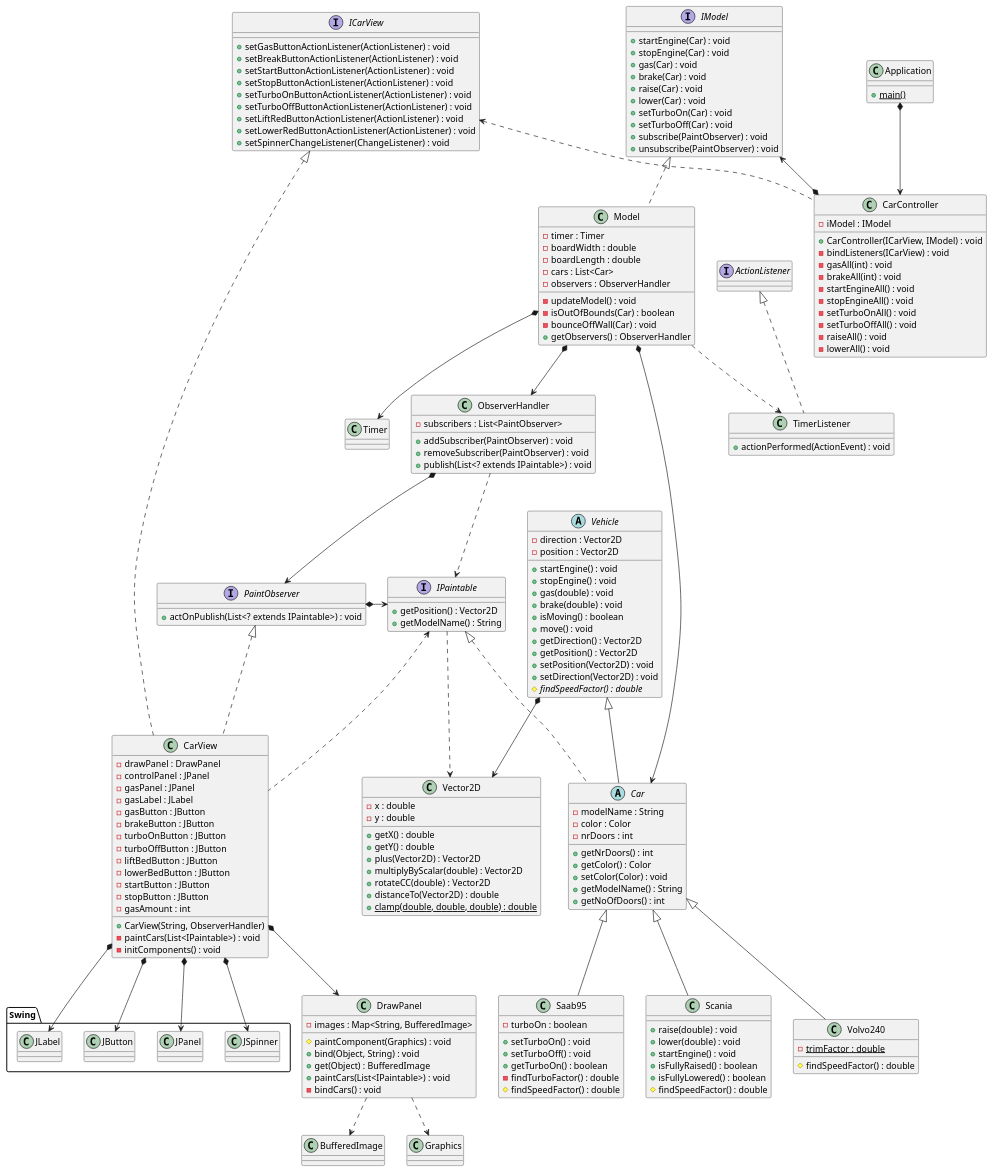
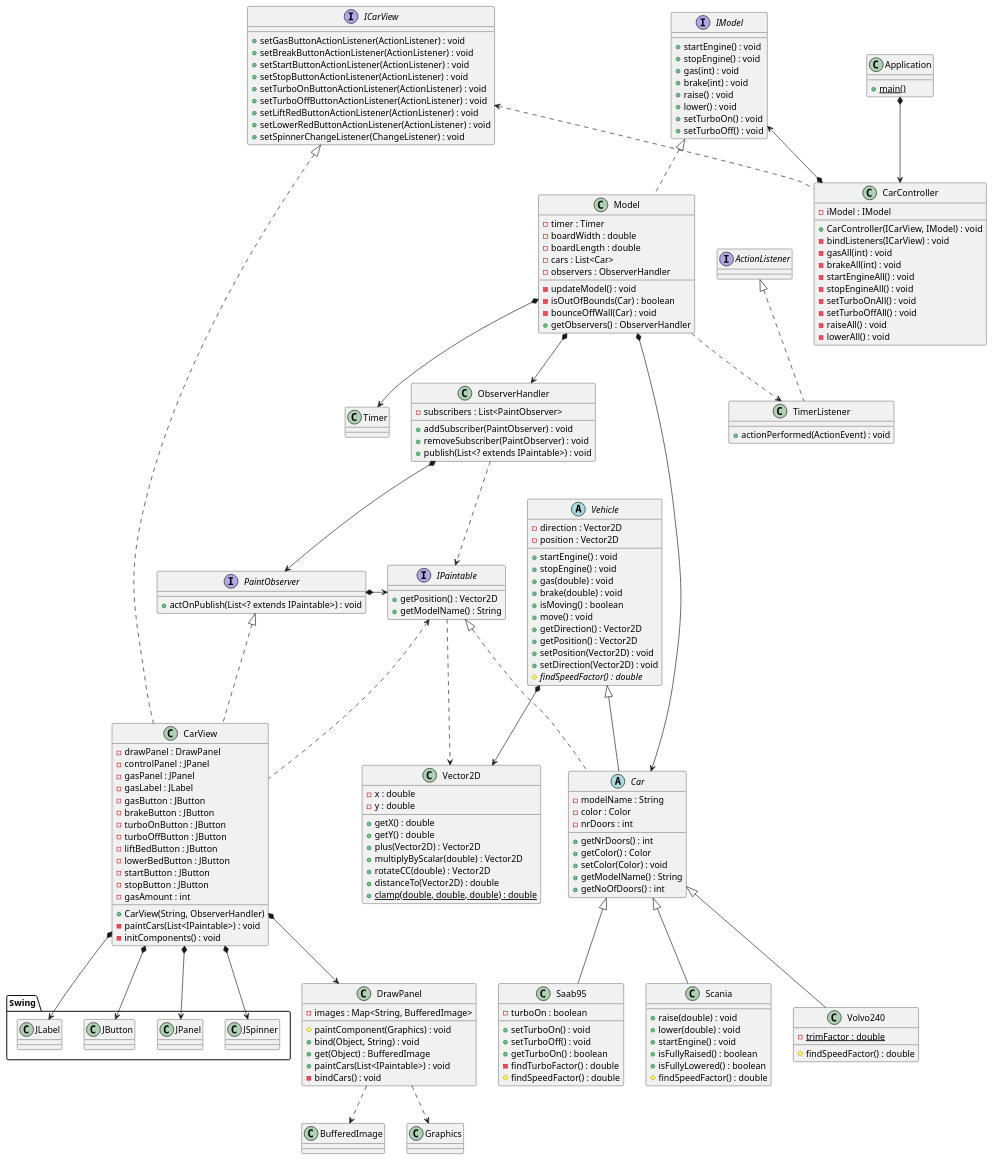
The diagram in src/Uppg4-Lab2A.puml (Yogaledare/dit953-lab2), drawn with PlantUML before and after one commit. The commit also changed 1 other file, not shown here.

```diff
--- a/src/Uppg4-Lab2A.puml
+++ b/src/Uppg4-Lab2A.puml
@@ -39,16 +39,14 @@
 
 
 interface IModel{
-+startEngine(Car) : void
-+stopEngine(Car) : void
-+gas(Car) : void
-+brake(Car) : void
-+raise(Car) : void
-+lower(Car) : void
-+setTurboOn(Car) : void
-+setTurboOff(Car) : void
-+subscribe(PaintObserver) : void
-+unsubscribe(PaintObserver) : void
++startEngine() : void
++stopEngine() : void
++gas(int) : void
++brake(int) : void
++raise() : void
++lower() : void
++setTurboOn() : void
++setTurboOff() : void
 }
 
 IModel  <|.. Model
```
